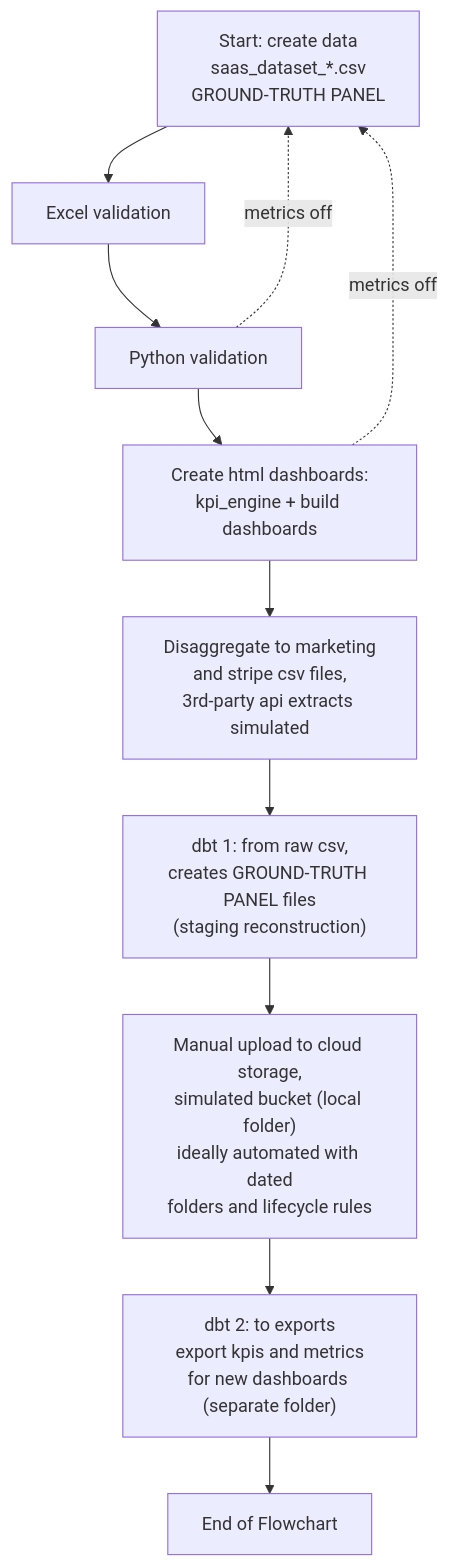
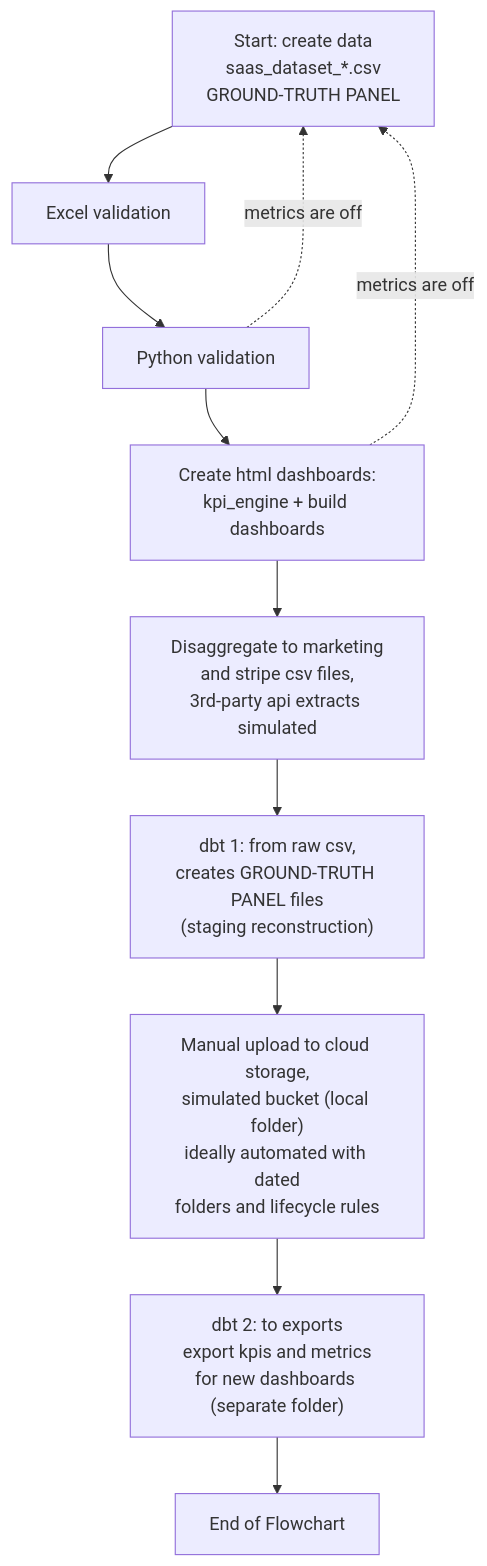
The diagram in overall_project_diagram.md (SandyGCabanes/SaaS-Cohort-Unit-Economics-Dashboards), drawn with Mermaid before and after one commit.

Commit message:
Update diagram to reflect 'metrics are off'

````diff
--- a/overall_project_diagram.md
+++ b/overall_project_diagram.md
@@ -1,21 +1,21 @@
 ```mermaid
 flowchart TD
     start["Start: create data<br/>saas_dataset_*.csv<br/>GROUND-TRUTH PANEL"]
     excel["Excel validation"]
     python["Python validation"]
     dashboards["Create html dashboards:<br/>kpi_engine + build dashboards"]
     disaggregate["Disaggregate to marketing<br/>and stripe csv files,<br/>3rd-party api extracts simulated"]
     dbt1["dbt 1: from raw csv,<br/>creates GROUND-TRUTH PANEL files<br/>(staging reconstruction)"]
     upload["Manual upload to cloud storage,<br/>simulated bucket (local folder)<br/>ideally automated with dated<br/>folders and lifecycle rules"]
     dbt2["dbt 2: to exports<br/>export kpis and metrics<br/>for new dashboards (separate folder)"]
     endnode["End of Flowchart"]
 
     start --> excel --> python
     python --> dashboards
     dashboards --> disaggregate
     disaggregate --> dbt1
     dbt1 --> upload --> dbt2 --> endnode
 
-    python -. "metrics off" .-> start
-    dashboards -. "metrics off" .-> start
+    python -. "metrics are off" .-> start
+    dashboards -. "metrics are off" .-> start
 ```
````
